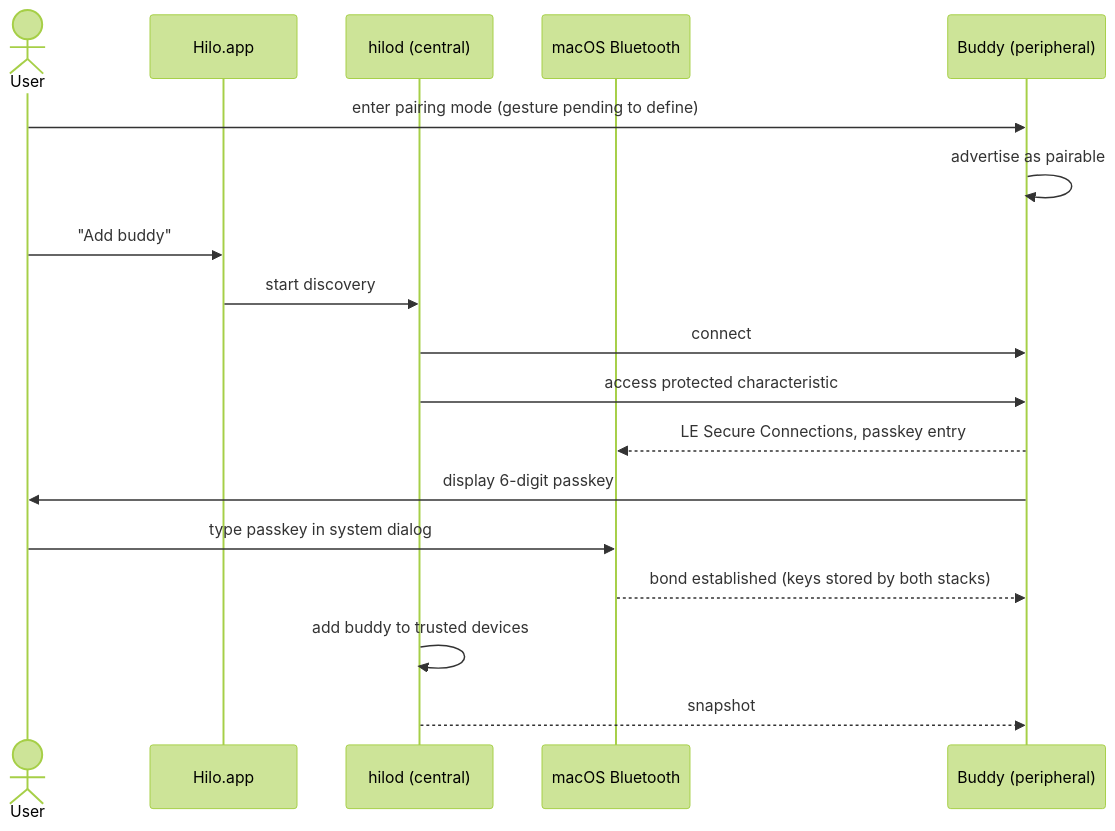
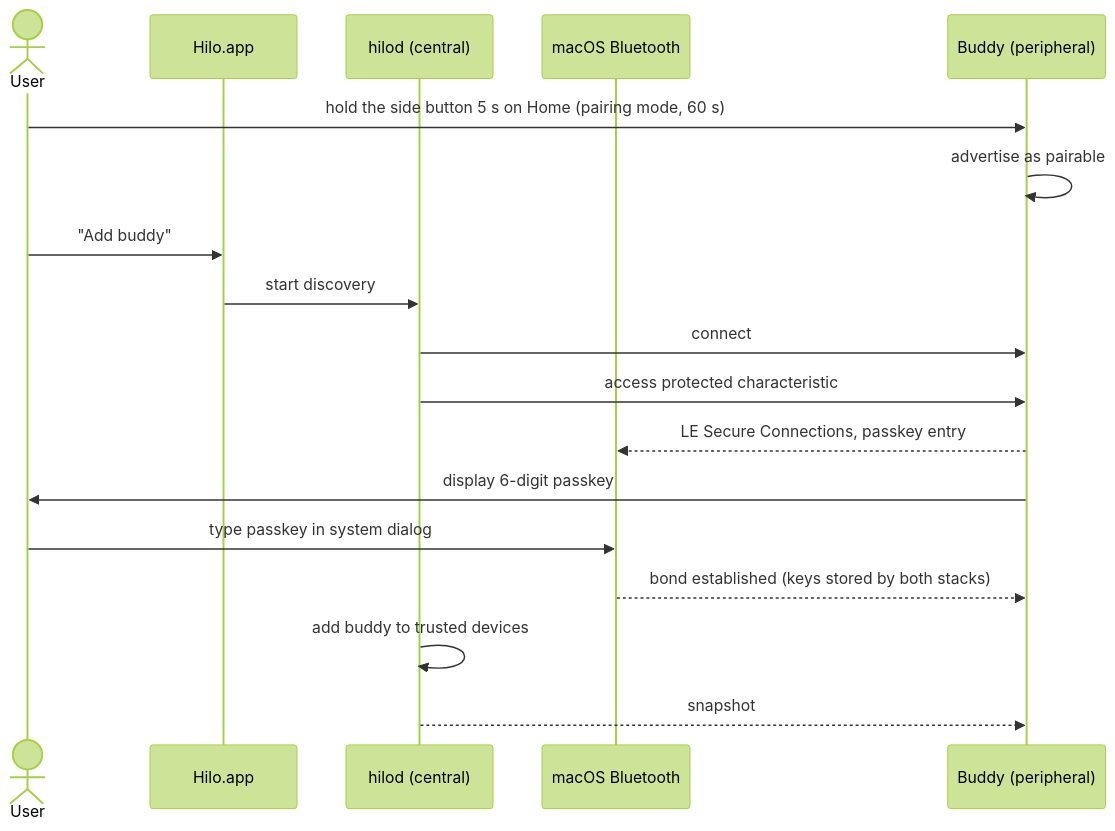
One commit to jaycorpstudios/clawd-body changed the first of 2 diagrams in docs/flows/ble-pairing-flow.md. Above: the diagram before and after it, drawn with Mermaid (forest theme). The commit also changed other lines of this file and 12 other files, not shown here.

First line of the commit message:
firmware: pairing mode and per-link host binding in the model

````diff
--- a/docs/flows/ble-pairing-flow.md
+++ b/docs/flows/ble-pairing-flow.md
@@ -3,21 +3,21 @@
 ```mermaid
 sequenceDiagram
     actor U as User
     participant A as Hilo.app
     participant D as hilod (central)
     participant OS as macOS Bluetooth
     participant B as Buddy (peripheral)
 
-    U->>B: enter pairing mode (gesture pending to define)
+    U->>B: hold the side button 5 s on Home (pairing mode, 60 s)
     B->>B: advertise as pairable
     U->>A: "Add buddy"
     A->>D: start discovery
     D->>B: connect
     D->>B: access protected characteristic
     B-->>OS: LE Secure Connections, passkey entry
     B->>U: display 6-digit passkey
     U->>OS: type passkey in system dialog
     OS-->>B: bond established (keys stored by both stacks)
     D->>D: add buddy to trusted devices
     D-->>B: snapshot
 ```
````
